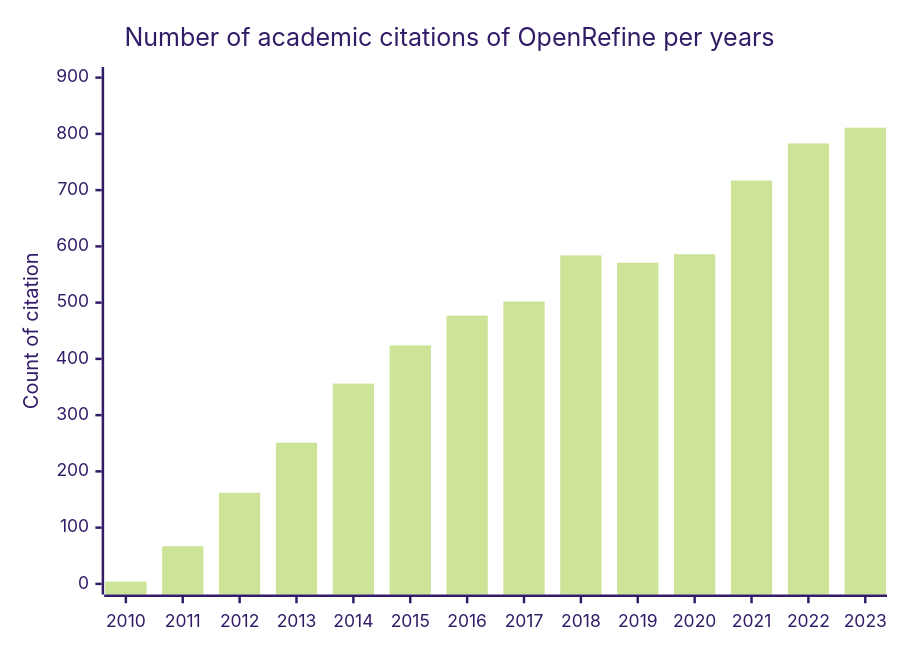
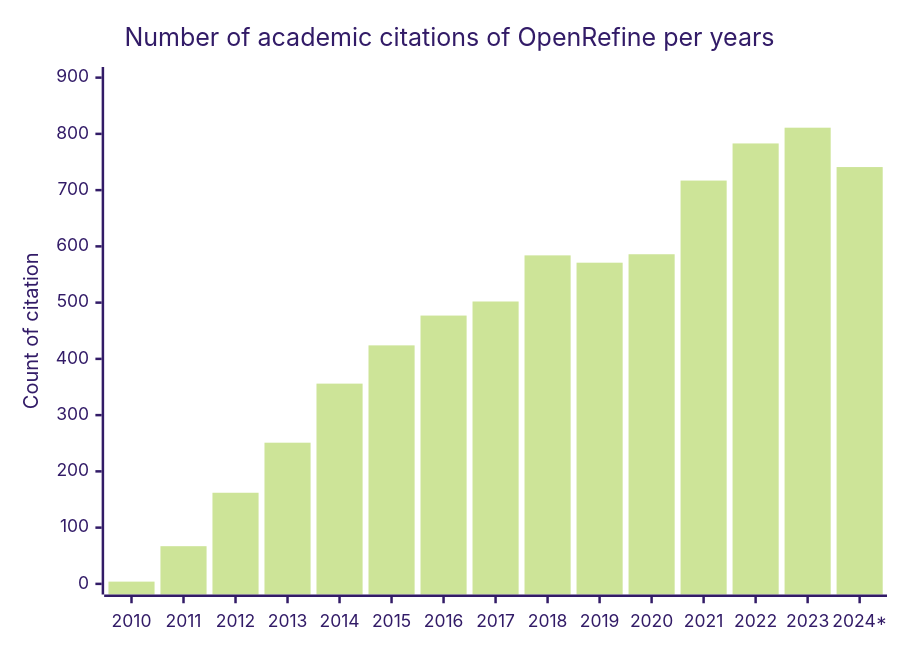
One commit to OpenRefine/openrefine.org changed the second of 3 diagrams in src/pages/usage.md. Above: the diagram before and after it, drawn with Mermaid. The commit also changed other lines of this file, not shown here.

````diff
--- a/src/pages/usage.md
+++ b/src/pages/usage.md
@@ -41,8 +41,8 @@
 ```mermaid 
 %%{init: {'theme':'forest'}}%%
 xychart-beta
     title "Number of academic citations of OpenRefine per years"
-    x-axis [2010, 2011, 2012, 2013, 2014, 2015, 2016, 2017, 2018, 2019, 2020, 2021, 2022, 2023]
+    x-axis [2010, 2011, 2012, 2013, 2014, 2015, 2016, 2017, 2018, 2019, 2020, 2021, 2022, 2023, 2024*]
     y-axis "Count of citation" 0 --> 900
-    bar [4, 67, 162, 251, 356, 424, 477, 502, 584, 571, 586, 717, 783, 811]
+    bar [4, 67, 162, 251, 356, 424, 477, 502, 584, 571, 586, 717, 783, 811, 741]
 ```
````
